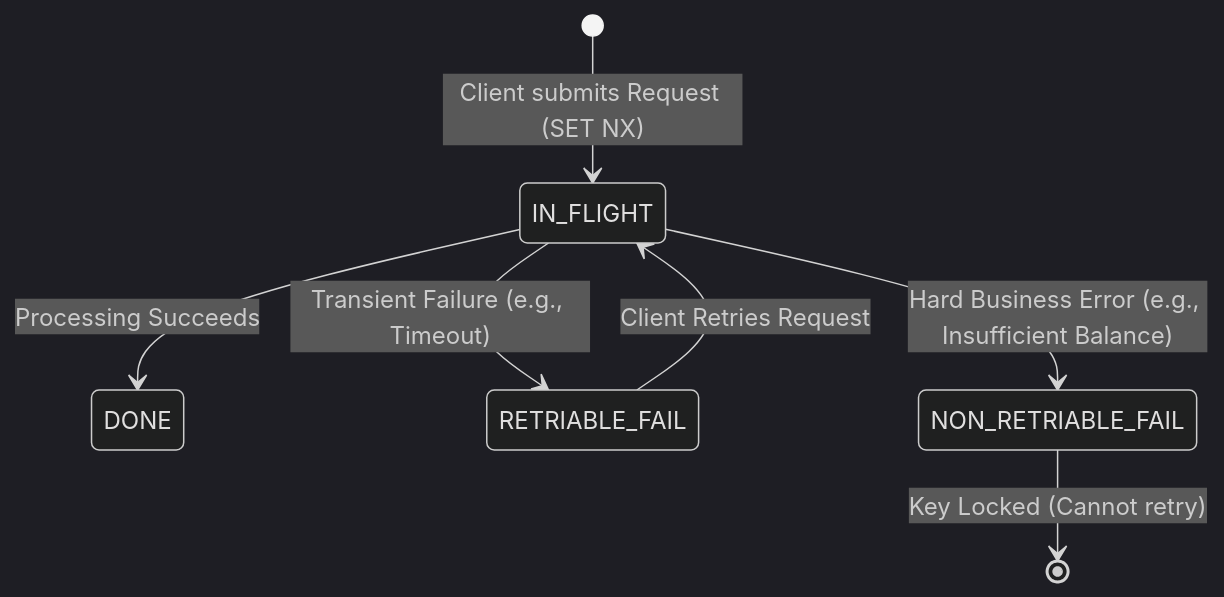
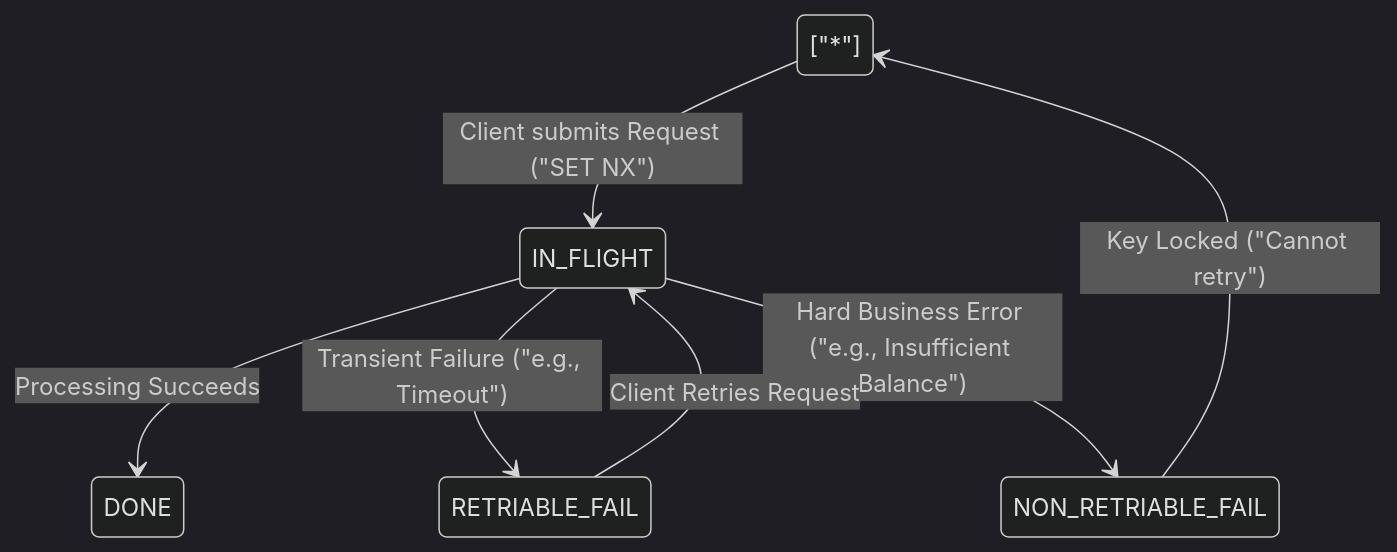
The second of 2 diagrams in content/series/high-concurrency-systems/article_7_idempotency.md (vesviet/vesviet), drawn with Mermaid (dark theme) before and after one commit. The commit also changed other lines of this file and 331 other files, not shown here.

````diff
--- a/content/series/high-concurrency-systems/article_7_idempotency.md
+++ b/content/series/high-concurrency-systems/article_7_idempotency.md
@@ -86,9 +89,9 @@
 ```mermaid
 stateDiagram-v2
-    [*] --> IN_FLIGHT : Client submits Request (SET NX)
+    ["*"] --> IN_FLIGHT : Client submits Request ("SET NX")
     IN_FLIGHT --> DONE : Processing Succeeds
-    IN_FLIGHT --> RETRIABLE_FAIL : Transient Failure (e.g., Timeout)
-    IN_FLIGHT --> NON_RETRIABLE_FAIL : Hard Business Error (e.g., Insufficient Balance)
+    IN_FLIGHT --> RETRIABLE_FAIL : Transient Failure ("e.g., Timeout")
+    IN_FLIGHT --> NON_RETRIABLE_FAIL : Hard Business Error ("e.g., Insufficient Balance")
     RETRIABLE_FAIL --> IN_FLIGHT : Client Retries Request
-    NON_RETRIABLE_FAIL --> [*] : Key Locked (Cannot retry)
+    NON_RETRIABLE_FAIL --> ["*"] : Key Locked ("Cannot retry")
 ```
````
